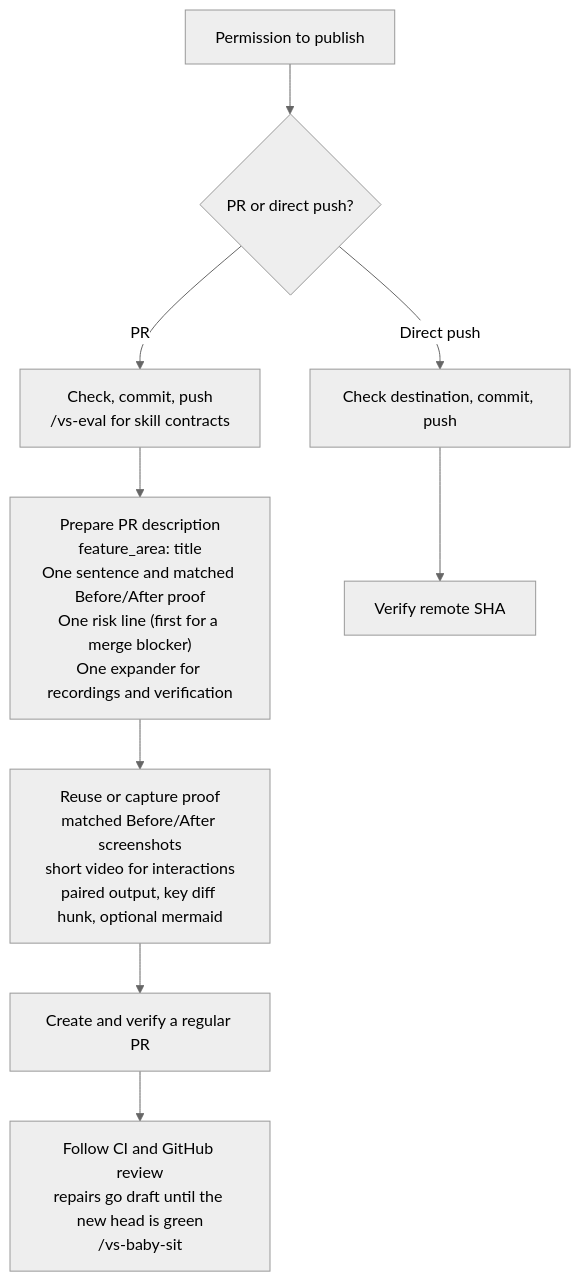
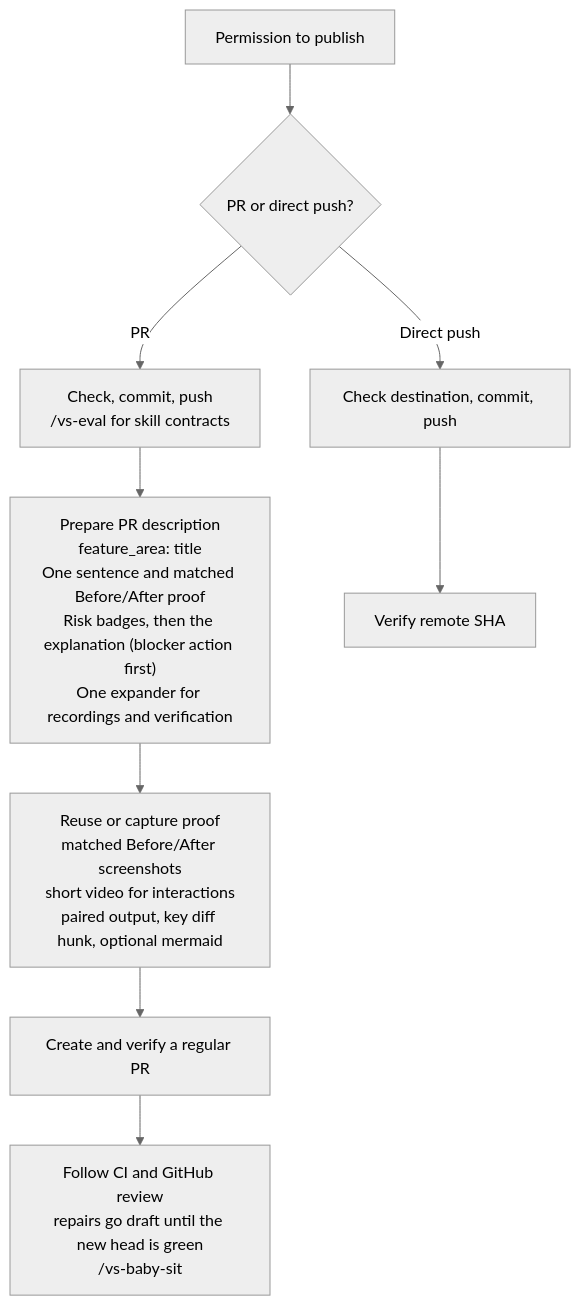
One commit to vltansky/vs changed the fourth of 4 diagrams in README.md. Above: the diagram before and after it, drawn with Mermaid (neutral theme). The commit also changed 9 other files, not shown here.

Commit message:
fix(vs-ship-it): give risk badges a dedicated row

````diff
--- a/README.md
+++ b/README.md
@@ -103,9 +103,9 @@
 ```mermaid
 flowchart TD
     I[Permission to publish] --> D{PR or direct push?}
     D -- PR --> C["Check, commit, push<br/>/vs-eval for skill contracts"]
-    C --> B["Prepare PR description<br/>feature_area: title<br/>One sentence and matched Before/After proof<br/>One risk line (first for a merge blocker)<br/>One expander for recordings and verification"]
+    C --> B["Prepare PR description<br/>feature_area: title<br/>One sentence and matched Before/After proof<br/>Risk badges, then the explanation (blocker action first)<br/>One expander for recordings and verification"]
     B --> M["Reuse or capture proof<br/>matched Before/After screenshots<br/>short video for interactions<br/>paired output, key diff hunk, optional mermaid"]
     M --> O[Create and verify a regular PR] --> W["Follow CI and GitHub review<br/>repairs go draft until the new head is green<br/>/vs-baby-sit"]
     D -- Direct push --> F[Check destination, commit, push] --> S[Verify remote SHA]
 ```
````
